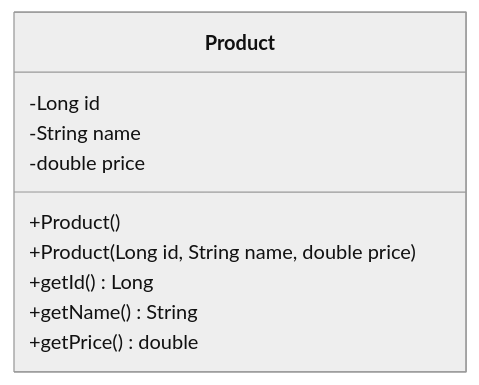
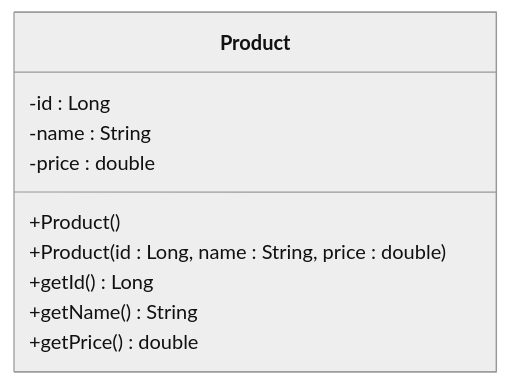
The diagram in doc/uml/Product.md (PASAN121/OOP), drawn with Mermaid (neutral theme) before and after one commit. The commit also changed 7 other files, not shown here.

````diff
--- a/doc/uml/Product.md
+++ b/doc/uml/Product.md
@@ -1,13 +1,13 @@
 ```mermaid
 classDiagram
-    class Product{
-    -Long id
-    -String name
-    -double price
-    +Product()
-    +Product(Long id, String name, double price)
-    +getId() Long
-    +getName() String
-    +getPrice() double
-}
+    class Product {
+        -id : Long
+        -name : String
+        -price : double
+        +Product()
+        +Product(id : Long, name : String, price : double)
+        +getId() Long
+        +getName() String
+        +getPrice() double
+    }
 ```
````
